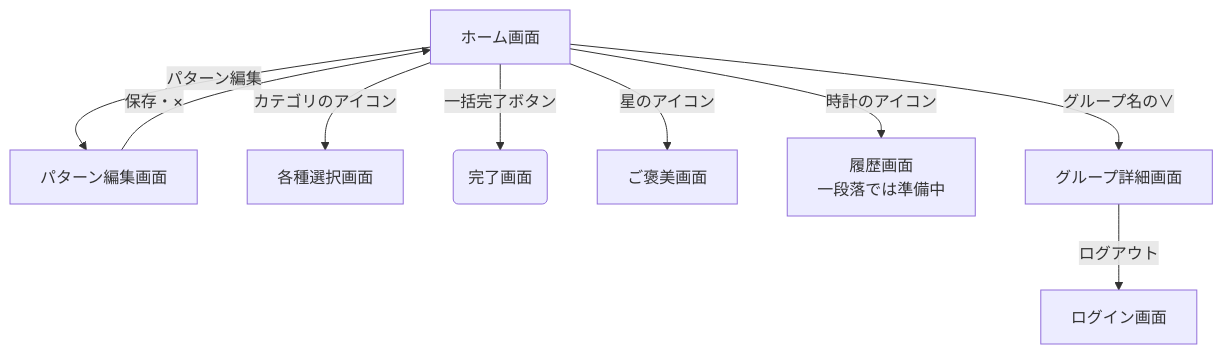
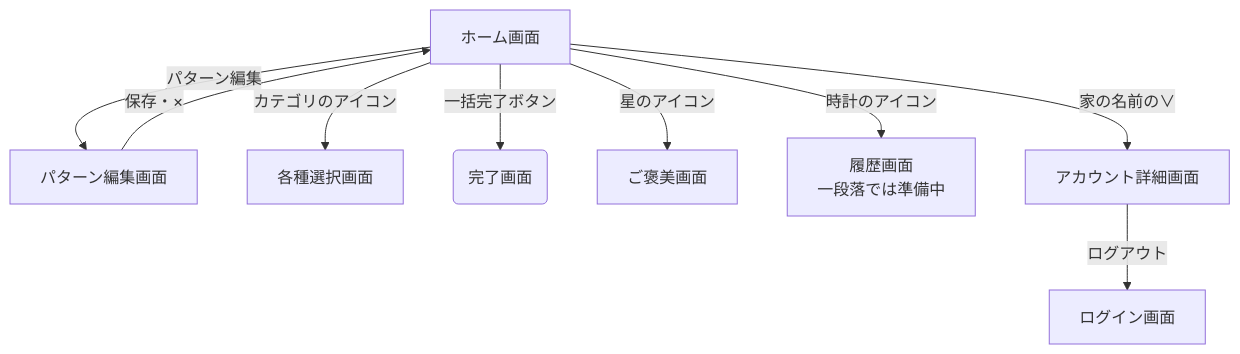
One commit to nayuts/my-app changed the second of 3 diagrams in docs/03_画面.md. Above: the diagram before and after it, drawn with Mermaid. The commit also changed other lines of this file and 4 other files, not shown here.

````diff
--- a/docs/03_画面.md
+++ b/docs/03_画面.md
@@ -79,20 +85,20 @@
 ```mermaid
 flowchart TD
   C[ホーム画面]
   F[パターン編集画面]
   S[各種選択画面]
   G(完了画面)
   R[ご褒美画面]
   H[履歴画面<br>一段落では準備中]
-  GD[グループ詳細画面]
+  GD[アカウント詳細画面]
   L[ログイン画面]
 
   C -->|パターン編集| F
   F -->|保存・×| C
   C -->|一括完了ボタン| G
   C -->|カテゴリのアイコン| S
   C -->|星のアイコン| R
   C -->|時計のアイコン| H
-  C -->|グループ名の∨| GD
+  C -->|家の名前の∨| GD
   GD -->|ログアウト| L
 ```
````
